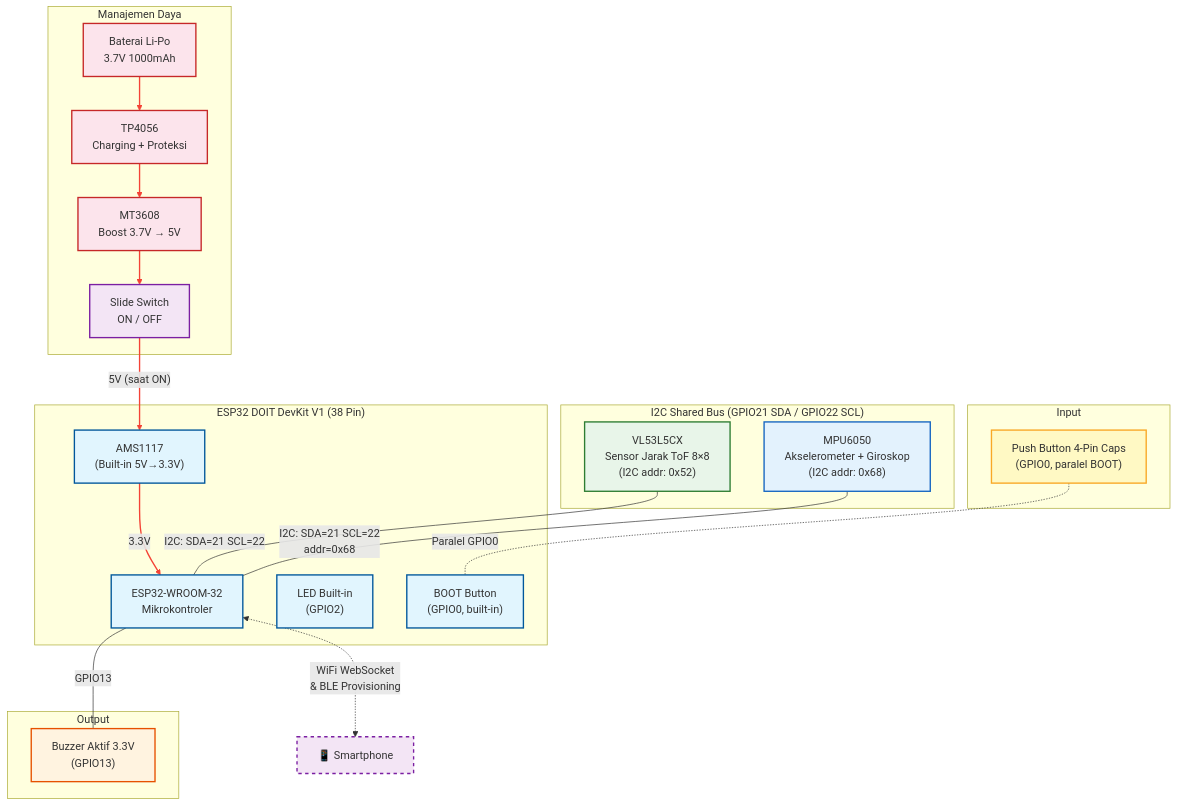
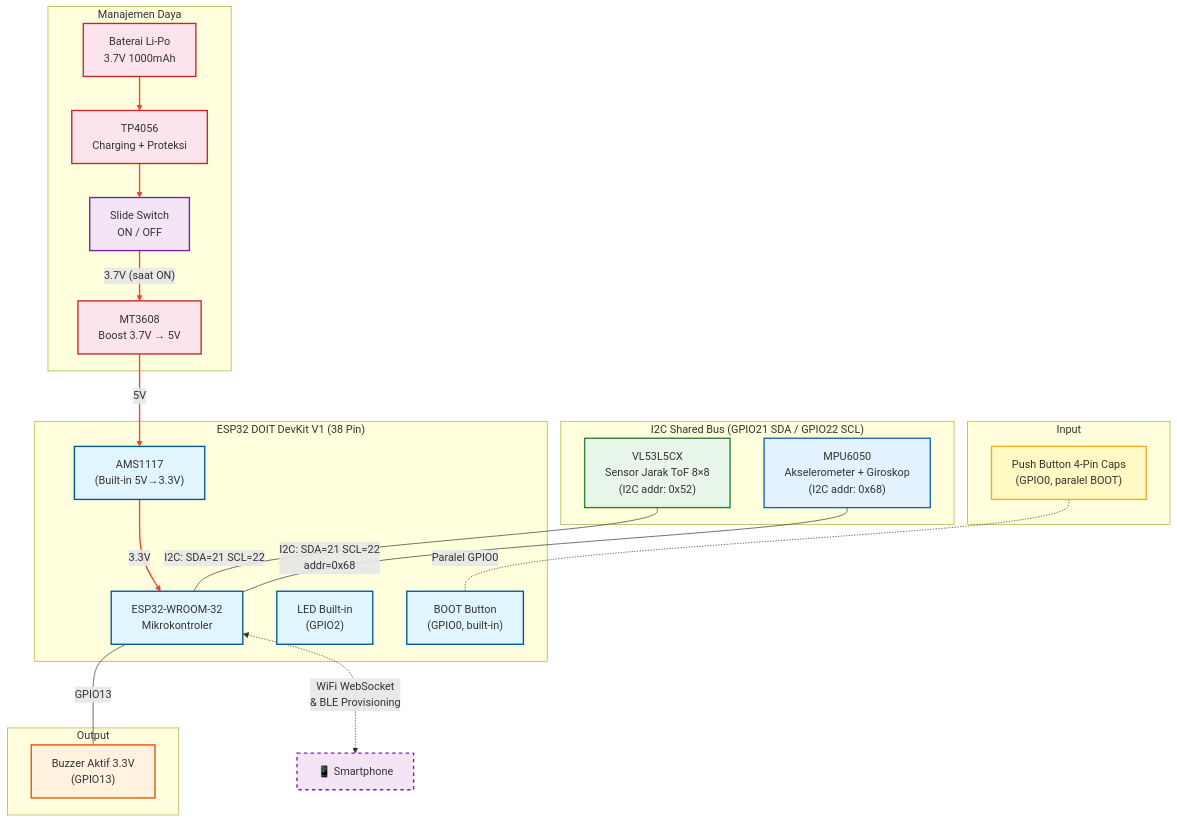
One commit to aan-andiyanaS/VNetra-Lite changed the sixth of 6 diagrams in firmware-vnetra/wiring-diagram.md. Above: the diagram before and after it, drawn with Mermaid. The commit also changed other lines of this file, not shown here.

Commit message:
docs: Update wiring diagram to place power switch before step-up module

````diff
--- a/firmware-vnetra/wiring-diagram.md
+++ b/firmware-vnetra/wiring-diagram.md
@@ -358,64 +359,64 @@
 ```mermaid
 flowchart TB
     subgraph POWER_CHAIN ["Manajemen Daya"]
         LIPO["Baterai Li-Po<br/>3.7V 1000mAh"]
         TP4056["TP4056<br/>Charging + Proteksi"]
         MT3608["MT3608<br/>Boost 3.7V → 5V"]
         SW["Slide Switch<br/>ON / OFF"]
     end
 
     subgraph ESP32_BOARD ["ESP32 DOIT DevKit V1 (38 Pin)"]
         ESP32["ESP32-WROOM-32<br/>Mikrokontroler"]
         AMS["AMS1117<br/>(Built-in 5V→3.3V)"]
         LED_BI["LED Built-in<br/>(GPIO2)"]
         BOOT_BI["BOOT Button<br/>(GPIO0, built-in)"]
     end
 
     subgraph I2C_BUS ["I2C Shared Bus (GPIO21 SDA / GPIO22 SCL)"]
         TOF["VL53L5CX<br/>Sensor Jarak ToF 8×8<br/>(I2C addr: 0x52)"]
         IMU["MPU6050<br/>Akselerometer + Giroskop<br/>(I2C addr: 0x68)"]
     end
 
     subgraph OUTPUT ["Output"]
         BUZZ["Buzzer Aktif 3.3V<br/>(GPIO13)"]
     end
 
     subgraph INPUT ["Input"]
         BTN_EXT["Push Button 4-Pin Caps<br/>(GPIO0, paralel BOOT)"]
     end
 
     %% Jalur Daya
     LIPO --> TP4056
-    TP4056 --> MT3608
-    MT3608 --> SW
-    SW -->|"5V (saat ON)"| AMS
+    TP4056 --> SW
+    SW -->|"3.7V (saat ON)"| MT3608
+    MT3608 -->|"5V"| AMS
     AMS -->|"3.3V"| ESP32
 
     %% Data
     TOF ---|I2C: SDA=21 SCL=22| ESP32
     IMU ---|I2C: SDA=21 SCL=22<br/>addr=0x68| ESP32
     ESP32 ---|GPIO13| BUZZ
     BTN_EXT -.-|"Paralel GPIO0"| BOOT_BI
 
     ESP32 <-.->|WiFi WebSocket<br/>& BLE Provisioning| PHONE["📱 Smartphone"]
 
     classDef mcu fill:#e1f5fe,stroke:#01579b,stroke-width:2px;
     classDef sensor fill:#e8f5e9,stroke:#2e7d32,stroke-width:2px;
     classDef imu fill:#e3f2fd,stroke:#1565c0,stroke-width:2px;
     classDef output fill:#fff3e0,stroke:#e65100,stroke-width:2px;
     classDef power fill:#fce4ec,stroke:#c62828,stroke-width:2px;
     classDef sw fill:#f3e5f5,stroke:#7b1fa2,stroke-width:2px;
     classDef input fill:#fff9c4,stroke:#f9a825,stroke-width:2px;
     classDef external fill:#f3e5f5,stroke:#7b1fa2,stroke-width:2px,stroke-dasharray: 5 5;
 
     class ESP32,AMS,LED_BI,BOOT_BI mcu;
     class TOF sensor;
     class IMU imu;
     class BUZZ output;
     class BTN_EXT input;
     class LIPO,TP4056,MT3608 power;
     class SW sw;
     class PHONE external;
 
     linkStyle 0,1,2,3,4 stroke:#f44336,stroke-width:2px;
 ```
````
